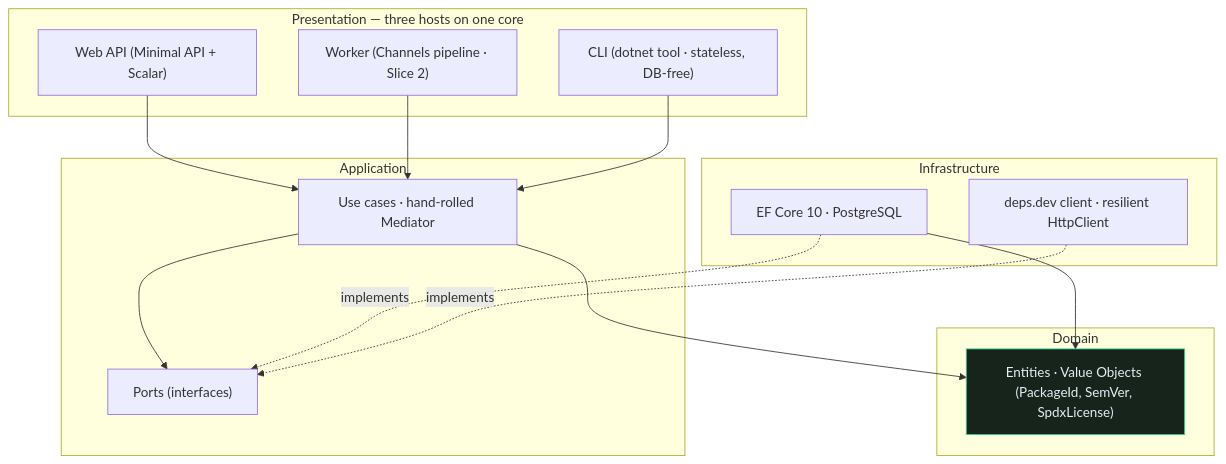
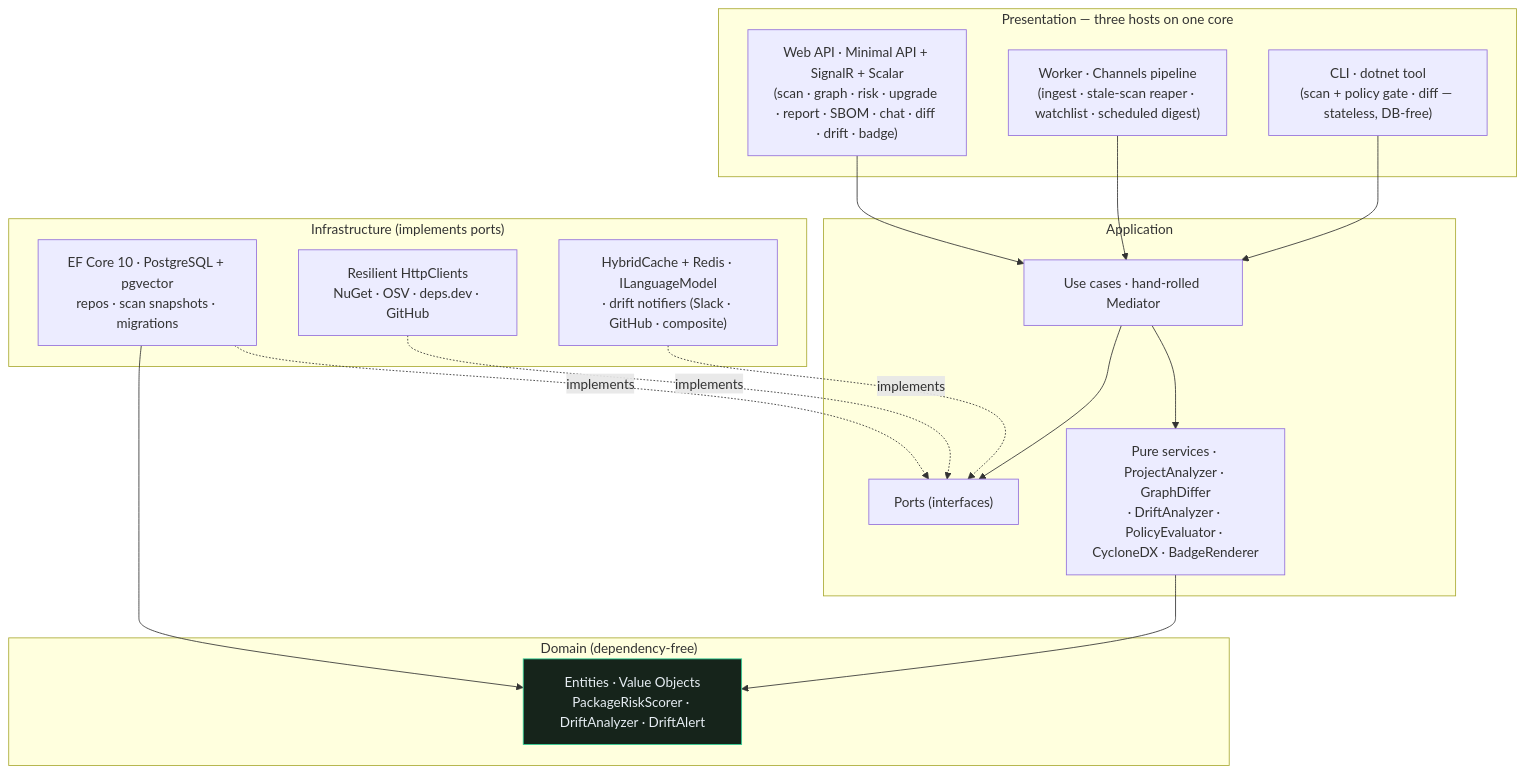
One commit to AdrianDeutsch/DepRadar changed the first of 2 diagrams in README.md. Above: the diagram before and after it, drawn with Mermaid. The commit also changed other lines of this file and 10 other files, not shown here.

First line of the commit message:
feat: GitHub issue de-duplication + scheduled digest delivery; refresh README architecture

````diff
--- a/README.md
+++ b/README.md
@@ -96,31 +96,35 @@
 ```mermaid
 flowchart TB
     subgraph P["Presentation — three hosts on one core"]
-        API["Web API (Minimal API + Scalar)"]
-        WK["Worker (Channels pipeline · Slice 2)"]
-        CLI["CLI (dotnet tool · stateless, DB-free)"]
-    end
-    subgraph I["Infrastructure"]
-        EF["EF Core 10 · PostgreSQL"]
-        DEPS["deps.dev client · resilient HttpClient"]
+        API["Web API · Minimal API + SignalR + Scalar<br/>(scan · graph · risk · upgrade · report · SBOM · chat · diff · drift · badge)"]
+        WK["Worker · Channels pipeline<br/>(ingest · stale-scan reaper · watchlist · scheduled digest)"]
+        CLI["CLI · dotnet tool<br/>(scan + policy gate · diff — stateless, DB-free)"]
     end
     subgraph A["Application"]
         UC["Use cases · hand-rolled Mediator"]
+        SVC["Pure services · ProjectAnalyzer · GraphDiffer<br/>· DriftAnalyzer · PolicyEvaluator · CycloneDX · BadgeRenderer"]
         PORTS["Ports (interfaces)"]
     end
-    subgraph D["Domain"]
-        MODEL["Entities · Value Objects (PackageId, SemVer, SpdxLicense)"]
+    subgraph I["Infrastructure (implements ports)"]
+        EF["EF Core 10 · PostgreSQL + pgvector<br/>repos · scan snapshots · migrations"]
+        EXT["Resilient HttpClients<br/>NuGet · OSV · deps.dev · GitHub"]
+        SUP["HybridCache + Redis · ILanguageModel<br/>· drift notifiers (Slack · GitHub · composite)"]
+    end
+    subgraph D["Domain (dependency-free)"]
+        MODEL["Entities · Value Objects<br/>PackageRiskScorer · DriftAnalyzer · DriftAlert"]
     end
 
     API --> UC
     WK --> UC
     CLI --> UC
+    UC --> SVC
     UC --> PORTS
-    UC --> MODEL
+    SVC --> MODEL
     EF -. implements .-> PORTS
-    DEPS -. implements .-> PORTS
+    EXT -. implements .-> PORTS
+    SUP -. implements .-> PORTS
     EF --> MODEL
 
     classDef domain fill:#16241b,stroke:#34d399,color:#e6edf3;
     class MODEL domain;
 ```
````
